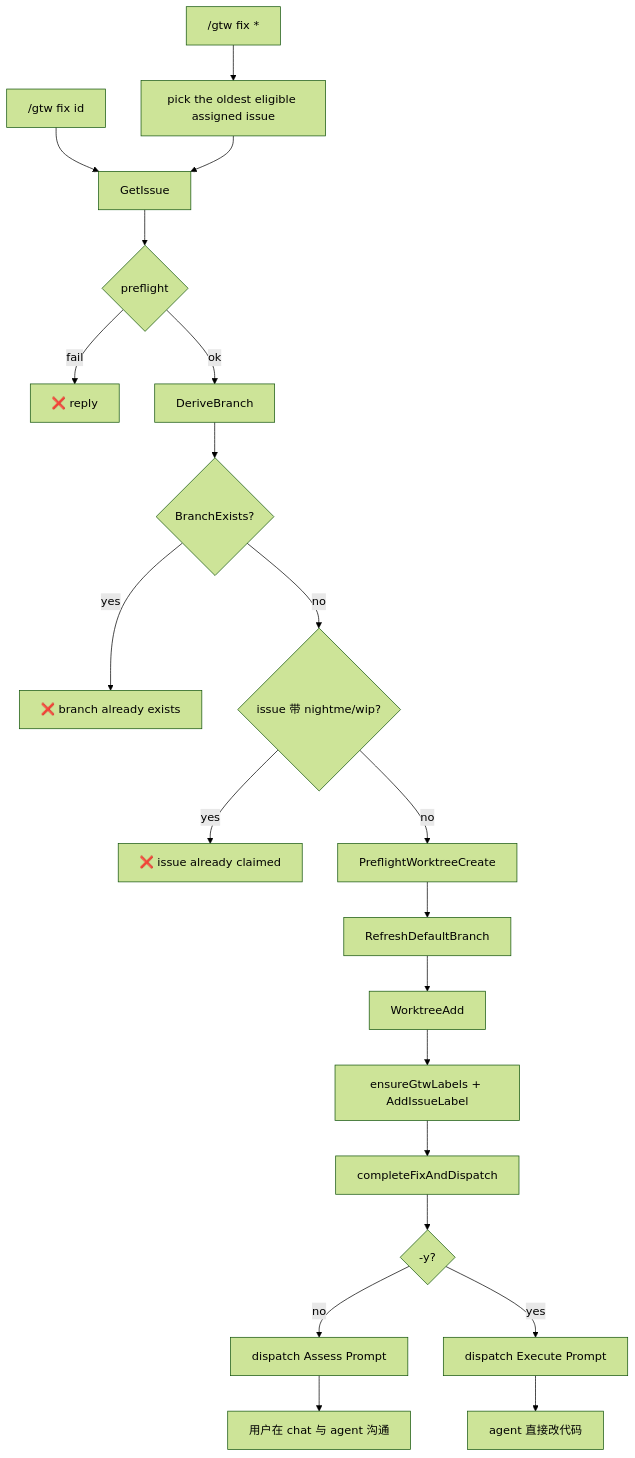
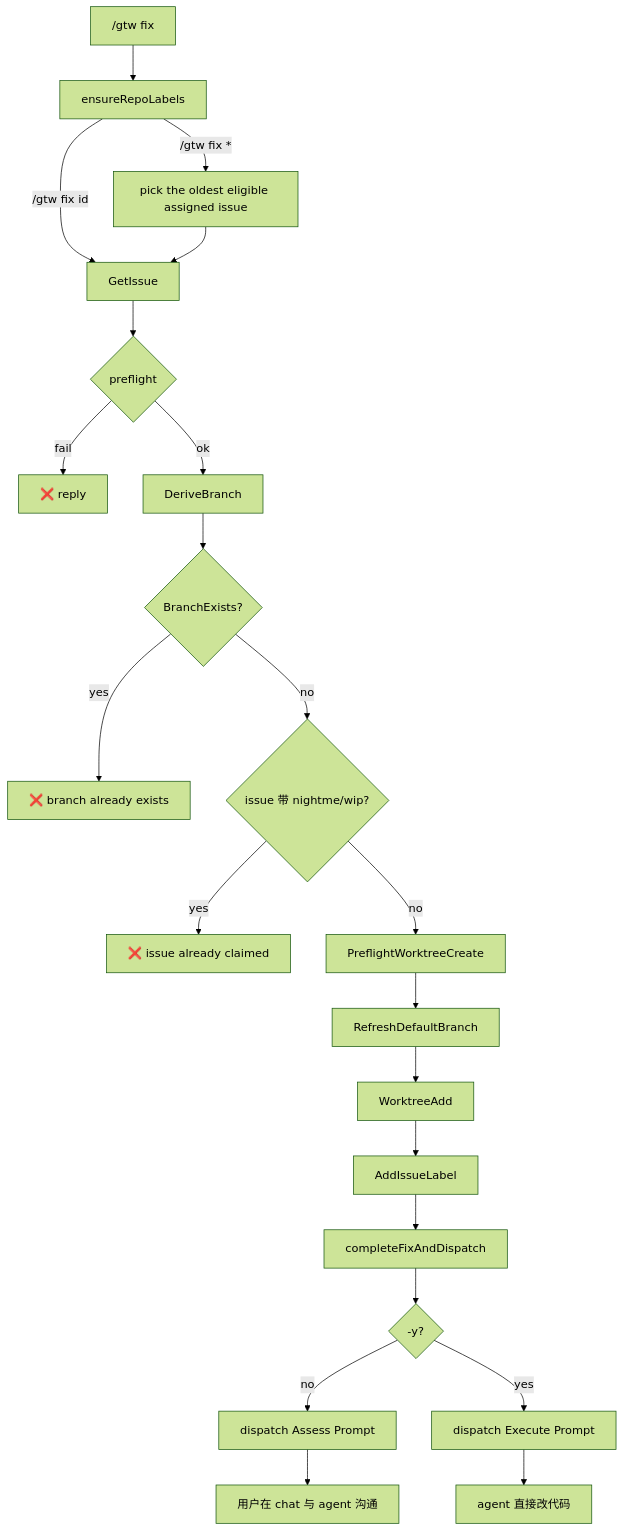
The diagram in docs/feat/F-gtw-fix.md (cnlangzi/nightme), drawn with Mermaid (forest theme) before and after one commit. The commit also changed other lines of this file and 18 other files, not shown here.

Commit message:
feat(gtw): ensure the nightme label catalog once per repo (#578)

````diff
--- a/docs/feat/F-gtw-fix.md
+++ b/docs/feat/F-gtw-fix.md
@@ -167,23 +167,24 @@
 ```mermaid
 flowchart TD
-    A["/gtw fix id"] --> A0["GetIssue"]
-    A1["/gtw fix *"] --> A2["pick the oldest eligible assigned issue"]
+    S["/gtw fix"] --> A3["ensureRepoLabels"]
+    A3 -->|"/gtw fix id"| A0["GetIssue"]
+    A3 -->|"/gtw fix *"| A2["pick the oldest eligible assigned issue"]
     A2 --> A0
     A0 --> B{preflight}
     B -->|fail| Z["❌ reply"]
     B -->|ok| C["DeriveBranch"]
     C --> D{BranchExists?}
     D -->|yes| E["❌ branch already exists"]
     D -->|no| G{issue 带 nightme/wip?}
     G -->|yes| H["❌ issue already claimed"]
     G -->|no| F["PreflightWorktreeCreate"]
     F --> I["RefreshDefaultBranch"]
     I --> J["WorktreeAdd"]
-    J --> K["ensureGtwLabels + AddIssueLabel"]
+    J --> K["AddIssueLabel"]
     K --> L["completeFixAndDispatch"]
     L --> M{"-y?"}
     M -->|no| N["dispatch Assess Prompt"]
     M -->|yes| O["dispatch Execute Prompt"]
     N --> P["用户在 chat 与 agent 沟通"]
     O --> Q["agent 直接改代码"]
 ```
````
